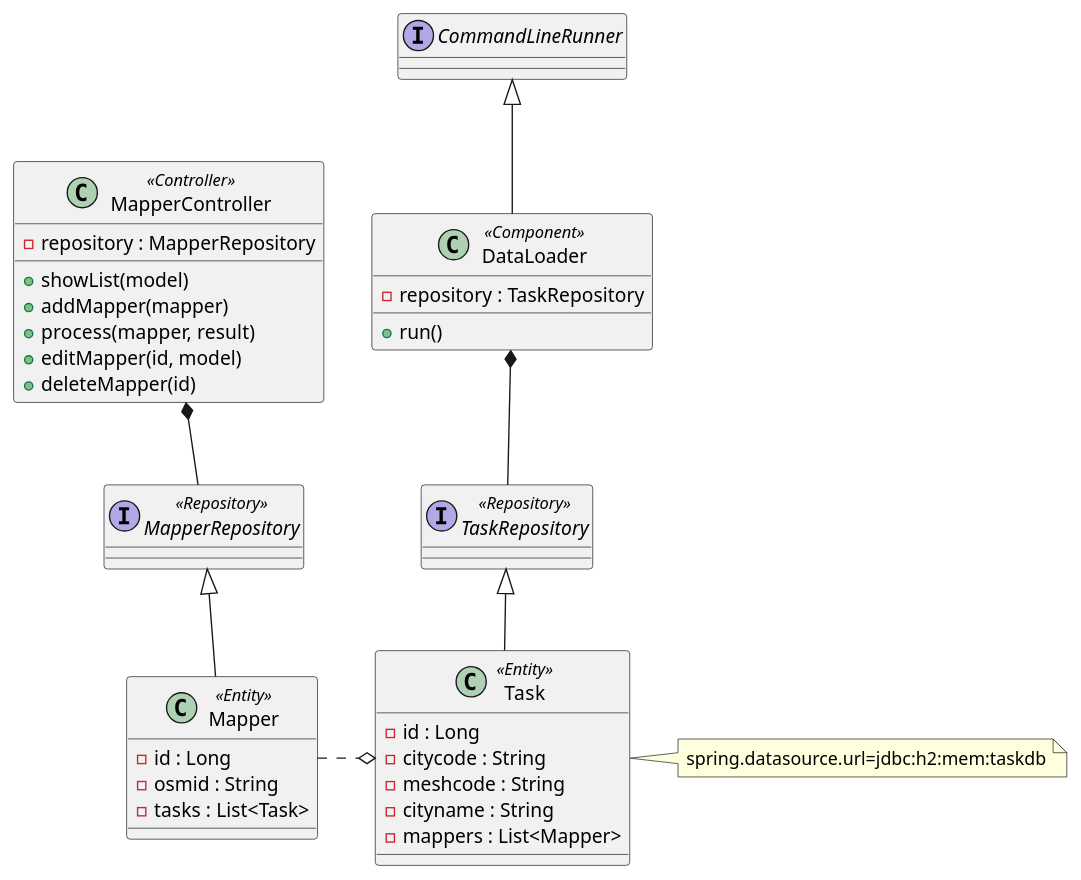
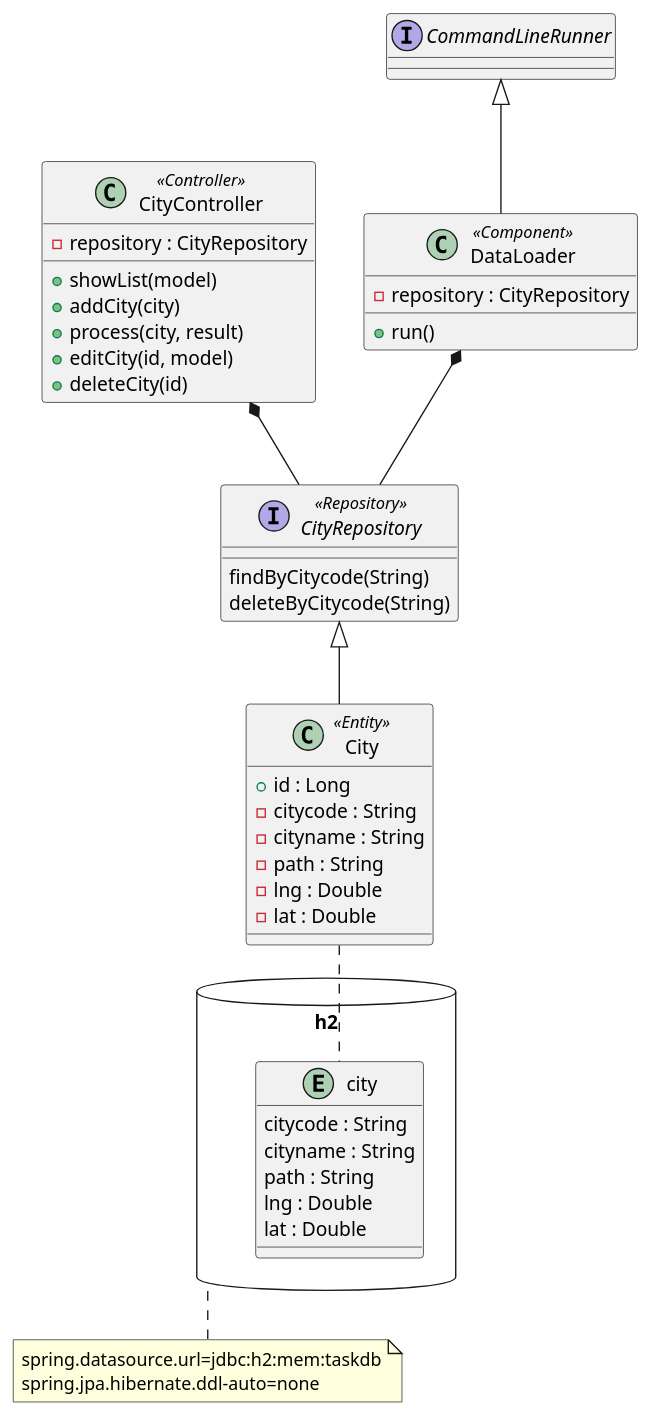
One commit to yuuhayashi/task-bldg changed the diagram in class.pu. Above: the diagram before and after it, drawn with PlantUML. The commit also changed 14 other files, not shown here.

```diff
--- a/class.pu
+++ b/class.pu
@@ -1,46 +1,50 @@
 @startuml
-class Mapper <<Entity>> {
-  - id : Long
-  - osmid : String
-  - tasks : List<Task>
+
+database "h2" as db {
+	entity city {
+		citycode : String
+		cityname : String
+		path : String
+		lng : Double
+		lat : Double
+	}
+}
+note bottom of db : spring.datasource.url=jdbc:h2:mem:taskdb\nspring.jpa.hibernate.ddl-auto=none
+
+class City <<Entity>> {
+  + id : Long
+  - citycode : String
+  - cityname : String
+  - path : String
+  - lng : Double
+  - lat : Double
+}
+City .. city
+
+interface CityRepository <<Repository>> {
+	findByCitycode(String)
+	deleteByCitycode(String)
 }
 
-class Task <<Entity>> {
-  - id : Long
-  - citycode : String
-  - meshcode : String
-  - cityname : String
-  - mappers : List<Mapper>
-}
-note right : spring.datasource.url=jdbc:h2:mem:taskdb
-
-interface TaskRepository <<Repository>> {
-}
-
-interface MapperRepository <<Repository>> {
-}
-
-class MapperController <<Controller>> {
-  - repository : MapperRepository
+class CityController <<Controller>> {
+  - repository : CityRepository
   + showList(model)
-  + addMapper(mapper)
-  + process(mapper, result)
-  + editMapper(id, model)
-  + deleteMapper(id)
+  + addCity(city)
+  + process(city, result)
+  + editCity(id, model)
+  + deleteCity(id)
 }
 
 interface CommandLineRunner
 
 class DataLoader <<Component>> {
-  - repository : TaskRepository
+  - repository : CityRepository
   + run()
 }
 
-TaskRepository <|-- Task
-DataLoader *-- TaskRepository
+CityRepository <|-- City
+DataLoader *-- CityRepository
 CommandLineRunner <|-- DataLoader
 
-Mapper .o Task
-MapperRepository <|-- Mapper
-MapperController *-- MapperRepository
+CityController *-- CityRepository
 @enduml
```
